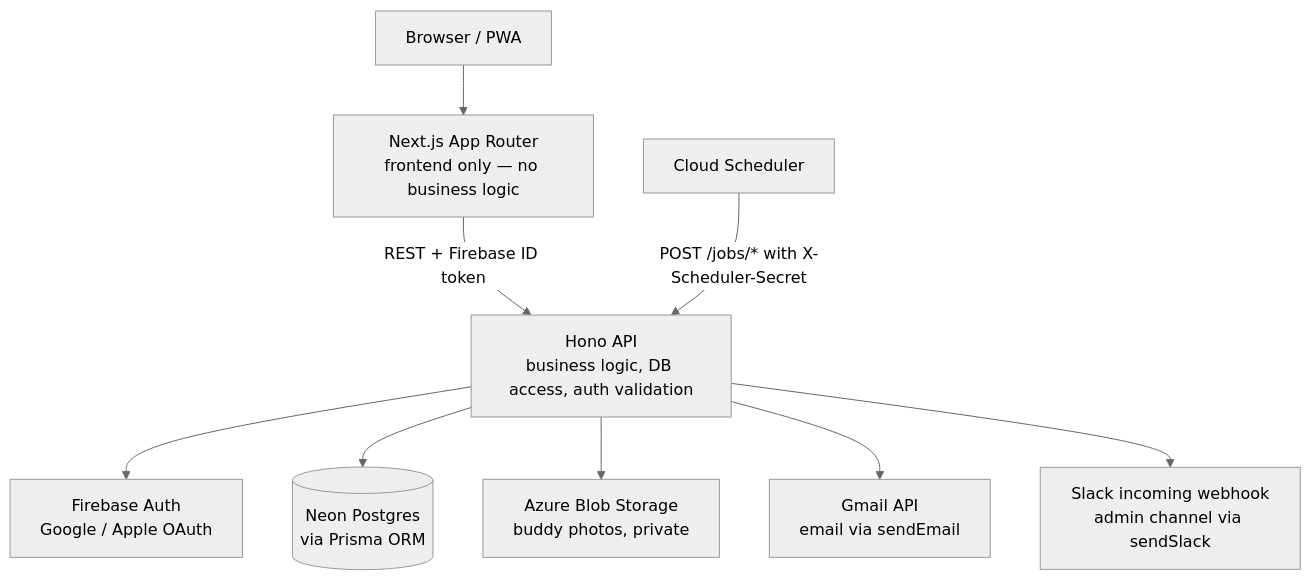
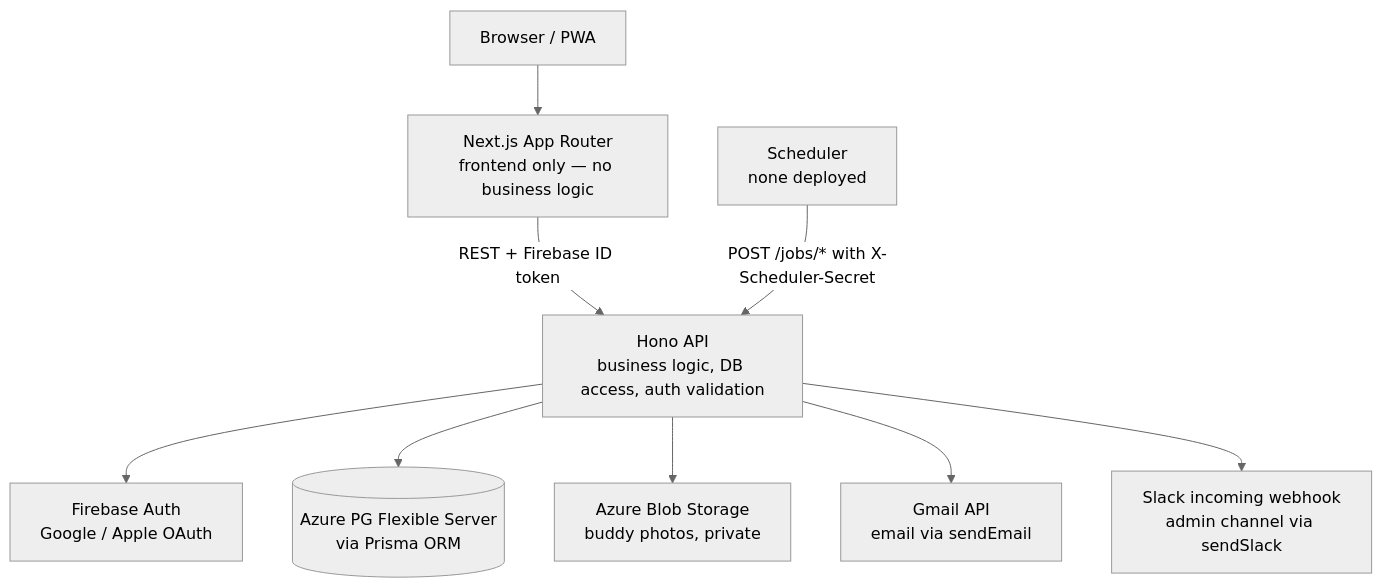
One commit to Lynns0416/buddy-app-copy changed the first of 8 diagrams in docs/architecture.md. Above: the diagram before and after it, drawn with Mermaid (neutral theme). The commit also changed other lines of this file and 5 other files, not shown here.

````diff
--- a/docs/architecture.md
+++ b/docs/architecture.md
@@ -5,22 +5,22 @@
 ```mermaid
 flowchart TD
     Browser["Browser / PWA"]
     Web["Next.js App Router<br/>frontend only — no business logic"]
     API["Hono API<br/>business logic, DB access, auth validation"]
-    Sched["Cloud Scheduler"]
+    Sched["Scheduler<br/>none deployed"]
 
     Auth["Firebase Auth<br/>Google / Apple OAuth"]
-    DB[("Neon Postgres<br/>via Prisma ORM")]
+    DB[("Azure PG Flexible Server<br/>via Prisma ORM")]
     Blob["Azure Blob Storage<br/>buddy photos, private"]
     Gmail["Gmail API<br/>email via sendEmail"]
     Slack["Slack incoming webhook<br/>admin channel via sendSlack"]
 
     Browser --> Web
     Web -->|"REST + Firebase ID token"| API
     Sched -->|"POST /jobs/* with X-Scheduler-Secret"| API
     API --> Auth
     API --> DB
     API --> Blob
     API --> Gmail
     API --> Slack
 ```
````
